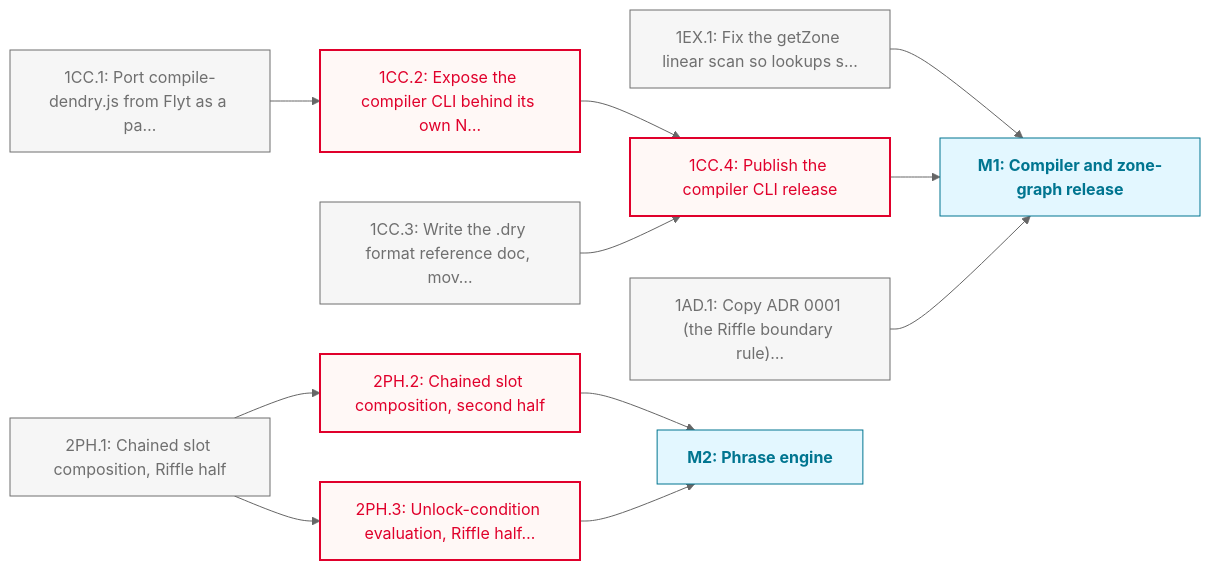
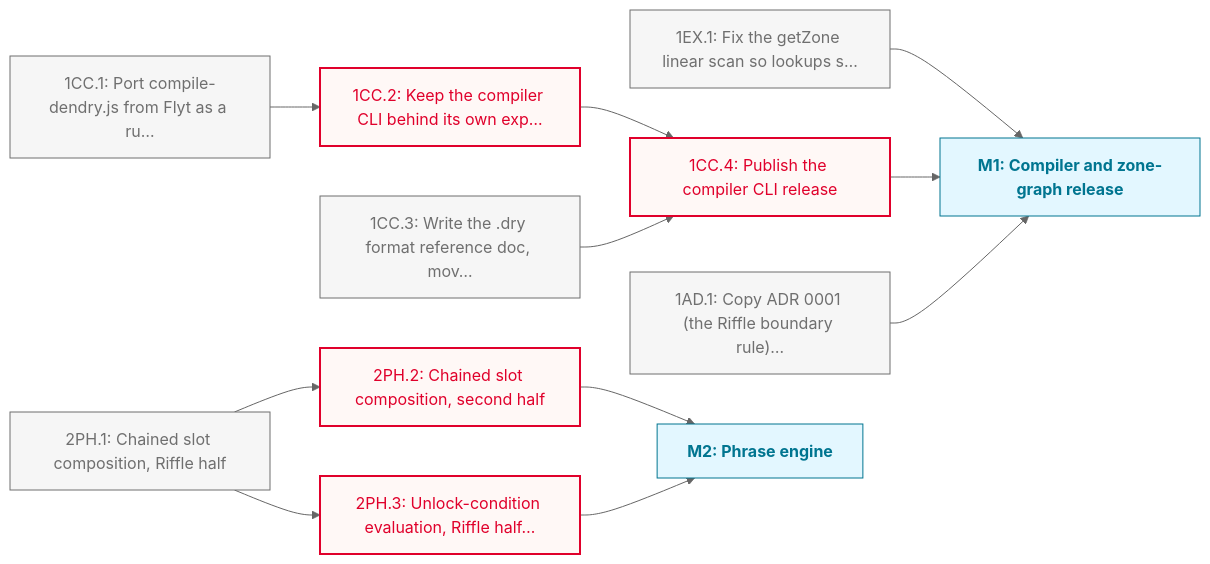
Before and after one commit to JasonWarrenUK/riffle: the diagram in docs/roadmaps/PHASE_1.md, drawn with Mermaid (neutral theme). The commit also changed other lines of this file and 2 other files, not shown here.

First line of the commit message:
docs: make the compiler CLI runtime-neutral in the roadmap

````diff
--- a/docs/roadmaps/PHASE_1.md
+++ b/docs/roadmaps/PHASE_1.md
@@ -43,35 +43,35 @@
 ```mermaid
 graph LR
 	classDef todo fill:#f6f6f6,stroke:#6f6f6f,color:#6f6f6f
 	classDef inProgress fill:#e8f2ff,stroke:#0071af,color:#0071af
 	classDef blocked fill:#fff8f6,stroke:#e0002b,color:#e0002b,stroke-width:2px
 	classDef paused fill:#fdf4ff,stroke:#b01fe3,color:#b01fe3,stroke-dasharray:4 3
 	classDef deferred fill:#fff8f3,stroke:#ac5c00,color:#ac5c00,stroke-dasharray:2 4,font-style:italic
 	classDef done fill:#e0ffd9,stroke:#008217,color:#008217
 	classDef outOfScope fill:#f6f6f6,stroke:#717171,color:#717171,stroke-dasharray:2 2
 	classDef mile fill:#e3f7ff,stroke:#007590,color:#007590,font-weight:bold
 	classDef external fill:#fff9e5,stroke:#7d6f00,color:#7d6f00,stroke-dasharray:4 3,font-style:italic
 	1EX.1["1EX.1: Fix the getZone linear scan so lookups s…"]
-	1CC.1["1CC.1: Port compile-dendry.js from Flyt as a pa…"]
-	1CC.2["1CC.2: Expose the compiler CLI behind its own N…"]
+	1CC.1["1CC.1: Port compile-dendry.js from Flyt as a ru…"]
+	1CC.2["1CC.2: Keep the compiler CLI behind its own exp…"]
 	1CC.3["1CC.3: Write the .dry format reference doc, mov…"]
 	1CC.4["1CC.4: Publish the compiler CLI release"]
 	1AD.1["1AD.1: Copy ADR 0001 (the Riffle boundary rule)…"]
 	M1["M1: Compiler and zone-graph release"]:::mile
 	2PH.1["2PH.1: Chained slot composition, Riffle half"]
 	2PH.2["2PH.2: Chained slot composition, second half"]
 	2PH.3["2PH.3: Unlock-condition evaluation, Riffle half…"]
 	M2["M2: Phrase engine"]:::mile
 	1EX.1 --> M1
 	1CC.1 --> 1CC.2
 	1CC.2 --> 1CC.4
 	1CC.3 --> 1CC.4
 	1CC.4 --> M1
 	1AD.1 --> M1
 	2PH.1 --> 2PH.2
 	2PH.1 --> 2PH.3
 	2PH.2 --> M2
 	2PH.3 --> M2
 	class 1AD.1,1CC.1,1CC.3,1EX.1,2PH.1 todo
 	class 1CC.2,1CC.4,2PH.2,2PH.3 blocked
 ```
````
